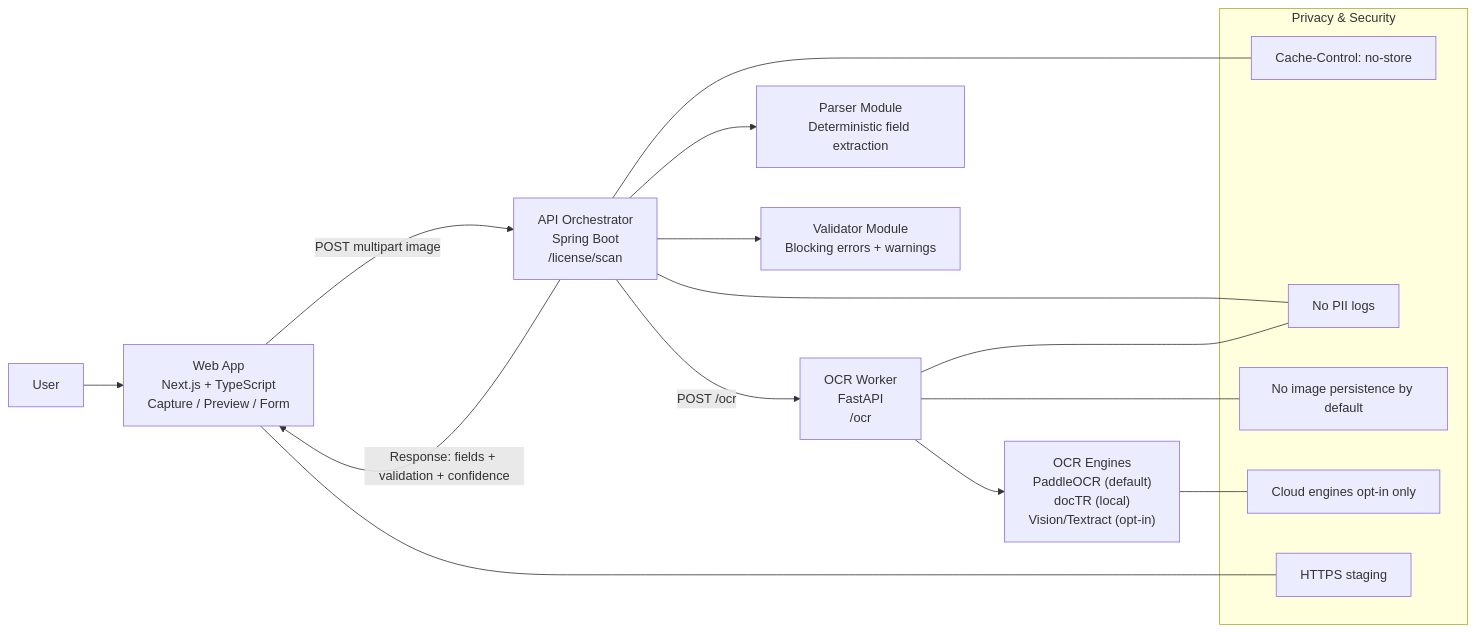
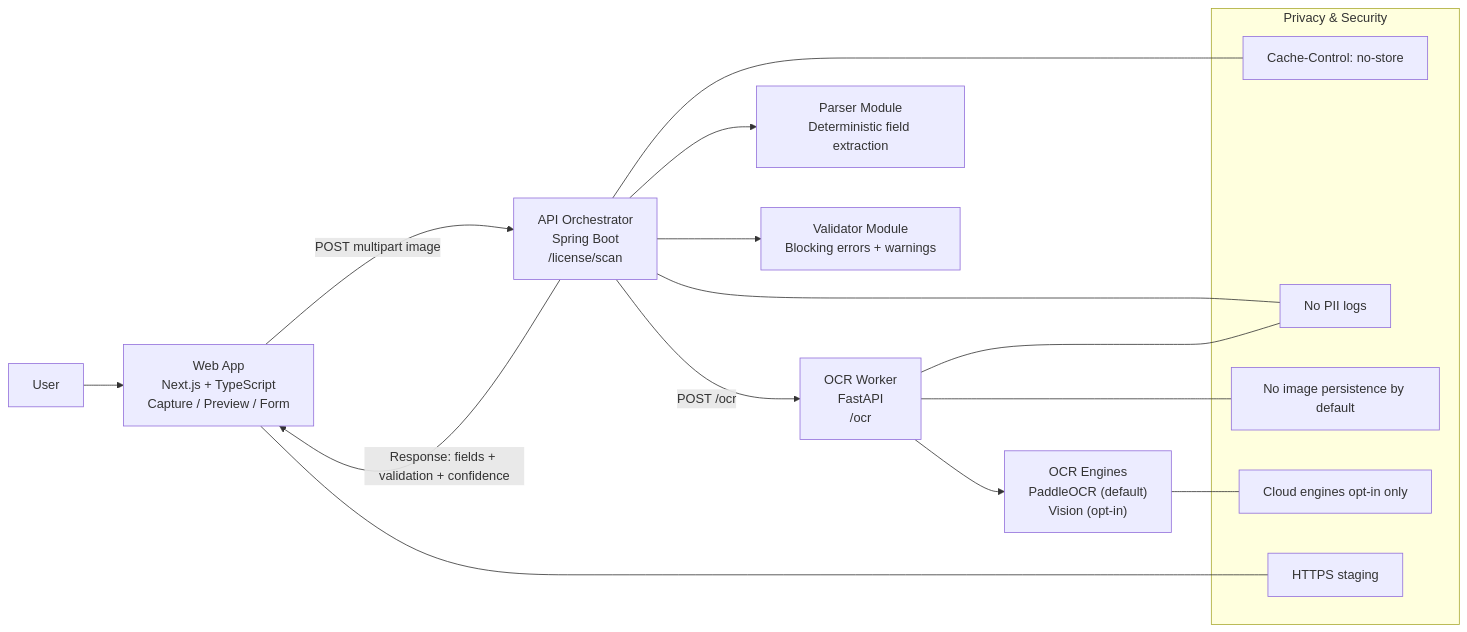
The fourth of 6 diagrams in docs/gate2/01-architecture-and-design.md (ManuBerea/driver-license-scanner), drawn with Mermaid before and after one commit. The commit also changed other lines of this file and 19 other files, not shown here.

````diff
--- a/docs/gate2/01-architecture-and-design.md
+++ b/docs/gate2/01-architecture-and-design.md
@@ -161,20 +153,20 @@
 ```mermaid
 flowchart LR
  subgraph Guardrails["Privacy & Security"]
         NoStore["Cache-Control: no-store"]
         NoPII["No PII logs"]
         NoPersist["No image persistence by default"]
         OptIn["Cloud engines opt-in only"]
         HTTPS["HTTPS staging"]
   end
     Person["User"] --> Web["Web App<br>Next.js + TypeScript<br>Capture / Preview / Form"]
     Web -- POST multipart image --> API["API Orchestrator<br>Spring Boot<br>/license/scan"]
     API -- POST /ocr --> Worker["OCR Worker<br>FastAPI<br>/ocr"]
-    Worker --> Engines["OCR Engines<br>PaddleOCR (default)<br>docTR (local)<br>Vision/Textract (opt-in)"]
+    Worker --> Engines["OCR Engines<br>PaddleOCR (default)<br>Vision (opt-in)"]
     API --> Parser["Parser Module<br>Deterministic field extraction"] & Validator["Validator Module<br>Blocking errors + warnings"]
     API -- Response: fields + validation + confidence --> Web
     API --- NoStore & NoPII
     Worker --- NoPII & NoPersist
     Engines --- OptIn
     Web --- HTTPS
 ```
````
